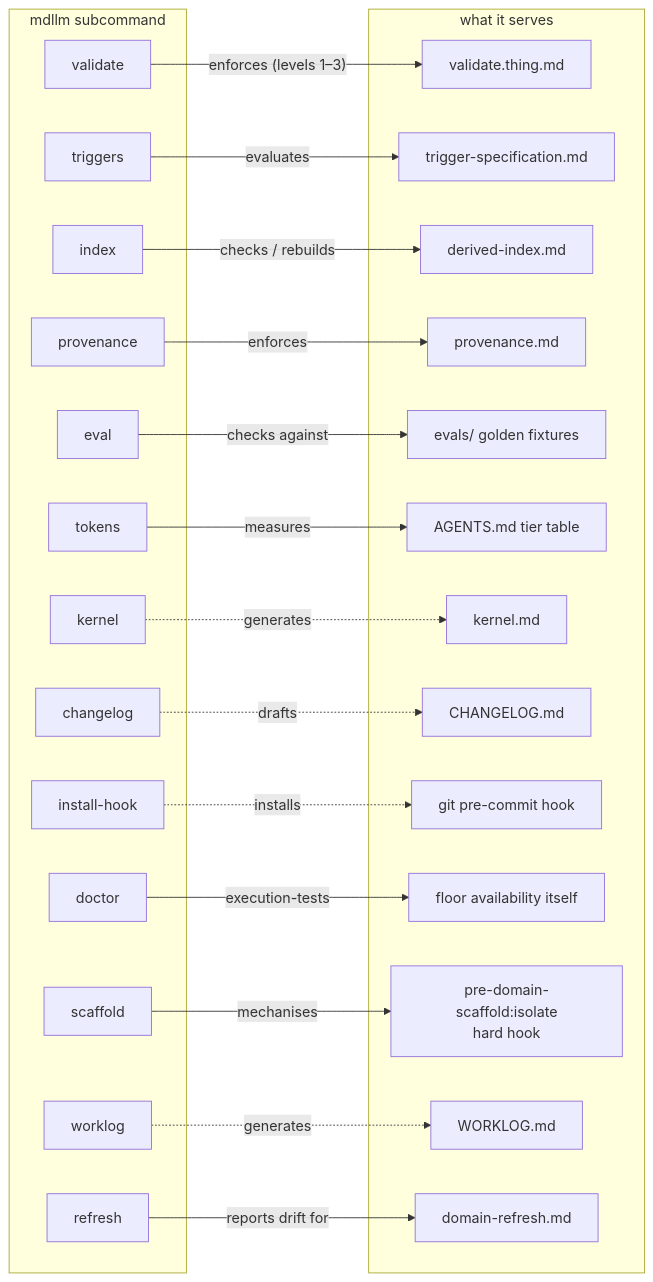
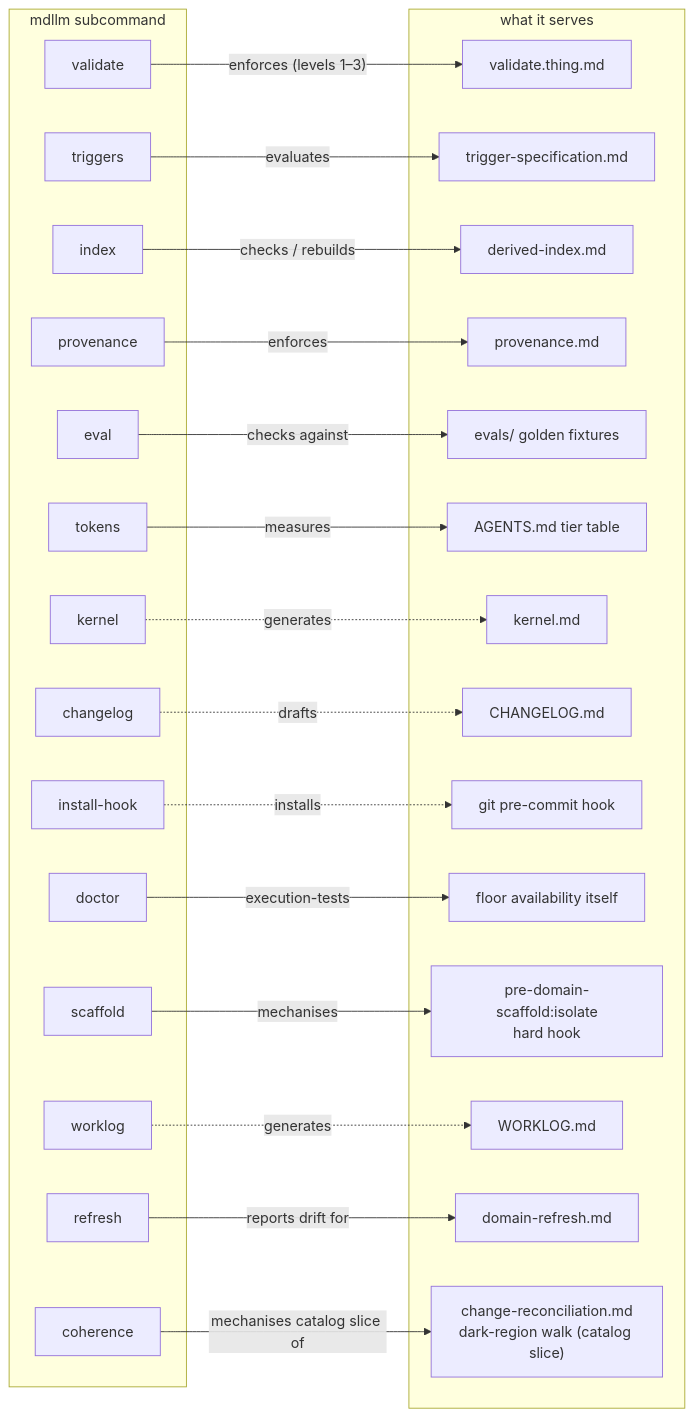
The third of 3 diagrams in framework-map.md (JanoshMoshiri/MarkdownLLM), drawn with Mermaid before and after one commit. The commit also changed other lines of this file and 8 other files, not shown here.

````diff
--- a/framework-map.md
+++ b/framework-map.md
@@ -172,47 +172,50 @@
 ```mermaid
 flowchart LR
     subgraph cli ["mdllm subcommand"]
         C1["validate"]
         C2["triggers"]
         C3["index"]
         C4["provenance"]
         C5["eval"]
         C6["tokens"]
         C7["kernel"]
         C8["changelog"]
         C9["install-hook"]
         C10["doctor"]
         C11["scaffold"]
         C12["worklog"]
         C13["refresh"]
+        C14["coherence"]
     end
     subgraph target ["what it serves"]
         T1["validate.thing.md"]
         T2["trigger-specification.md"]
         T3["derived-index.md"]
         T4["provenance.md"]
         T5["evals/ golden fixtures"]
         T6["AGENTS.md tier table"]
         T7["kernel.md"]
         T8["CHANGELOG.md"]
         T9["git pre-commit hook"]
         T10["floor availability itself"]
         T11["pre-domain-scaffold:isolate<br/>hard hook"]
         T12["WORKLOG.md"]
         T13["domain-refresh.md"]
+        T14["change-reconciliation.md<br/>dark-region walk (catalog slice)"]
     end
 
     C1 -->|"enforces (levels 1–3)"| T1
     C2 -->|evaluates| T2
     C3 -->|"checks / rebuilds"| T3
     C4 -->|enforces| T4
     C5 -->|checks against| T5
     C6 -->|measures| T6
     C7 -.->|generates| T7
     C8 -.->|drafts| T8
     C9 -.->|installs| T9
     C10 -->|"execution-tests"| T10
     C11 -->|mechanises| T11
     C12 -.->|generates| T12
     C13 -->|"reports drift for"| T13
+    C14 -->|"mechanises catalog slice of"| T14
 ```
````
